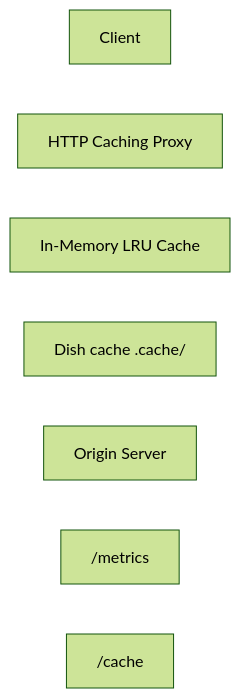
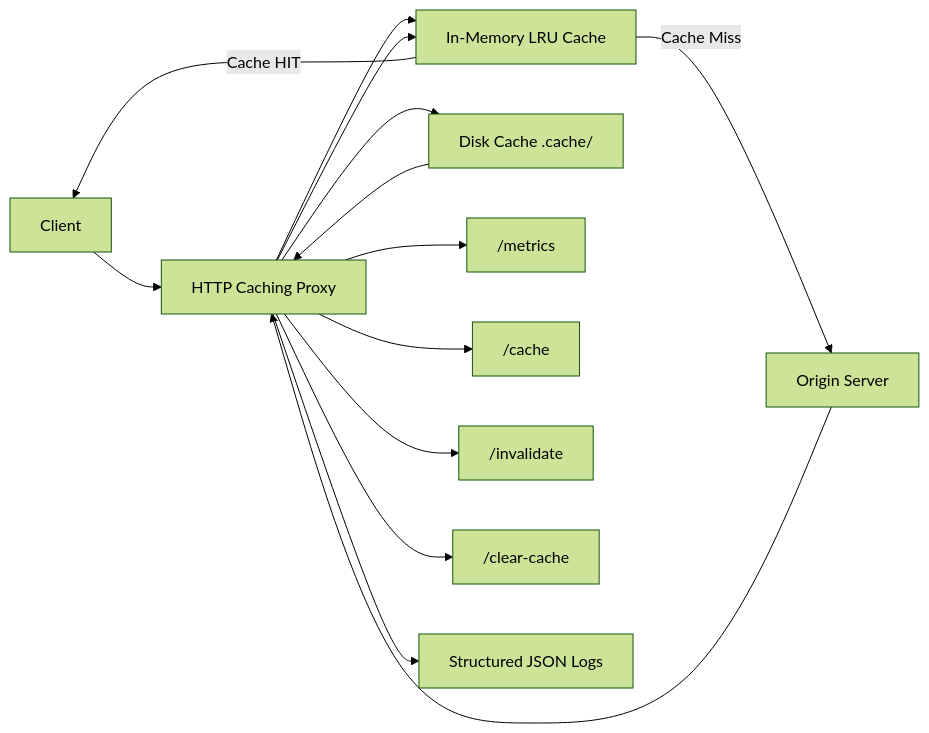
One commit to oladimejitaiwoodusote/caching-proxy changed the diagram in README.md. Above: the diagram before and after it, drawn with Mermaid (forest theme).

Commit message:
README v8

````diff
--- a/README.md
+++ b/README.md
@@ -76,16 +76,40 @@
 ```mermaid
 flowchart LR
 
     Client[Client]
 
     Proxy[HTTP Caching Proxy]
 
     Memory[In-Memory LRU Cache]
-    Disk[Dish cache .cache/]
+    Disk[Disk Cache .cache/]
     Origin[Origin Server]
 
     Metrics["/metrics"]
-    CachingAPI["/cache"]
+    CacheAPI["/cache"]
+    Invalidate["/invalidate"]
+    Clear["/clear-cache"]
 
+    Logs[Structured JSON Logs]
 
+    Client --> Proxy
+
+    Proxy --> Memory
+
+    Memory -->|Cache HIT| Client
+
+    Memory -->|Cache Miss| Origin
+
+    Origin --> Proxy
+
+    Proxy --> Memory
+    Proxy --> Disk
+
+    Disk --> Proxy
+
+    Proxy --> Metrics
+    Proxy --> CacheAPI
+    Proxy --> Invalidate
+    Proxy --> Clear
+
+    Proxy --> Logs
 ```
````
